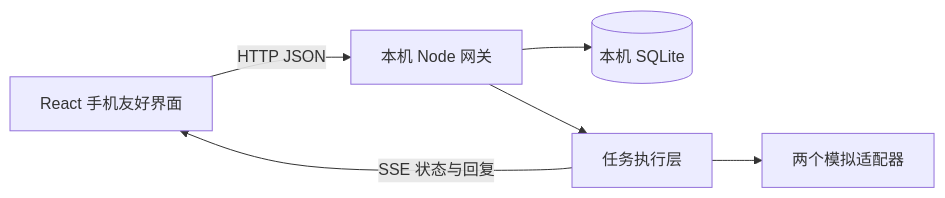
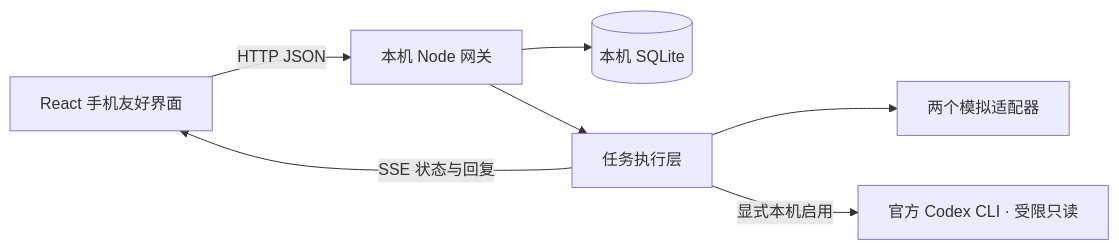
Before and after one commit to JohnShinsei/relaydesk: the first of 2 diagrams in docs/architecture.md, drawn with Mermaid. The commit also changed other lines of this file and 21 other files, not shown here.

Commit message:
Add opt-in restricted Codex CLI adapter and process recovery guards

````diff
--- a/docs/architecture.md
+++ b/docs/architecture.md
@@ -5,8 +5,9 @@
 ```mermaid
 flowchart LR
   UI[React 手机友好界面] -->|HTTP JSON| API[本机 Node 网关]
   API --> DB[(本机 SQLite)]
   API --> Runner[任务执行层]
   Runner --> Mock[两个模拟适配器]
+  Runner -->|显式本机启用| Codex[官方 Codex CLI · 受限只读]
   Runner -->|SSE 状态与回复| UI
 ```
````
